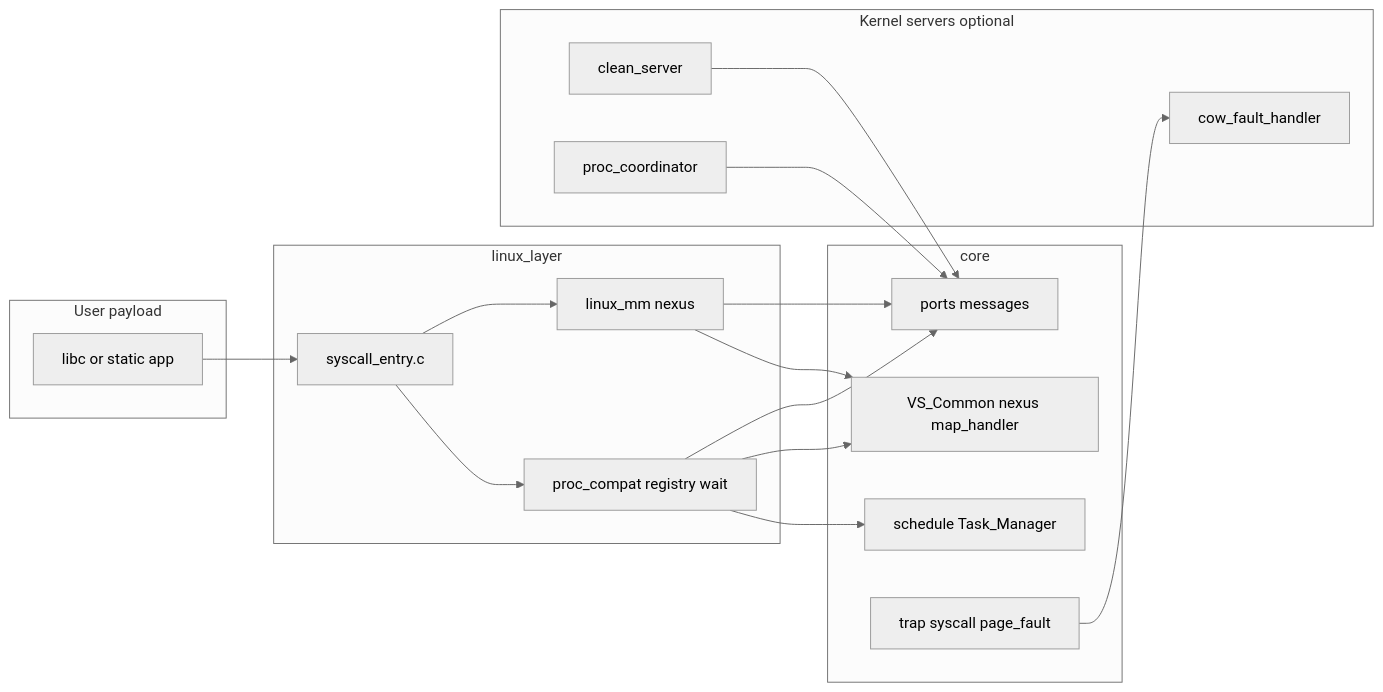
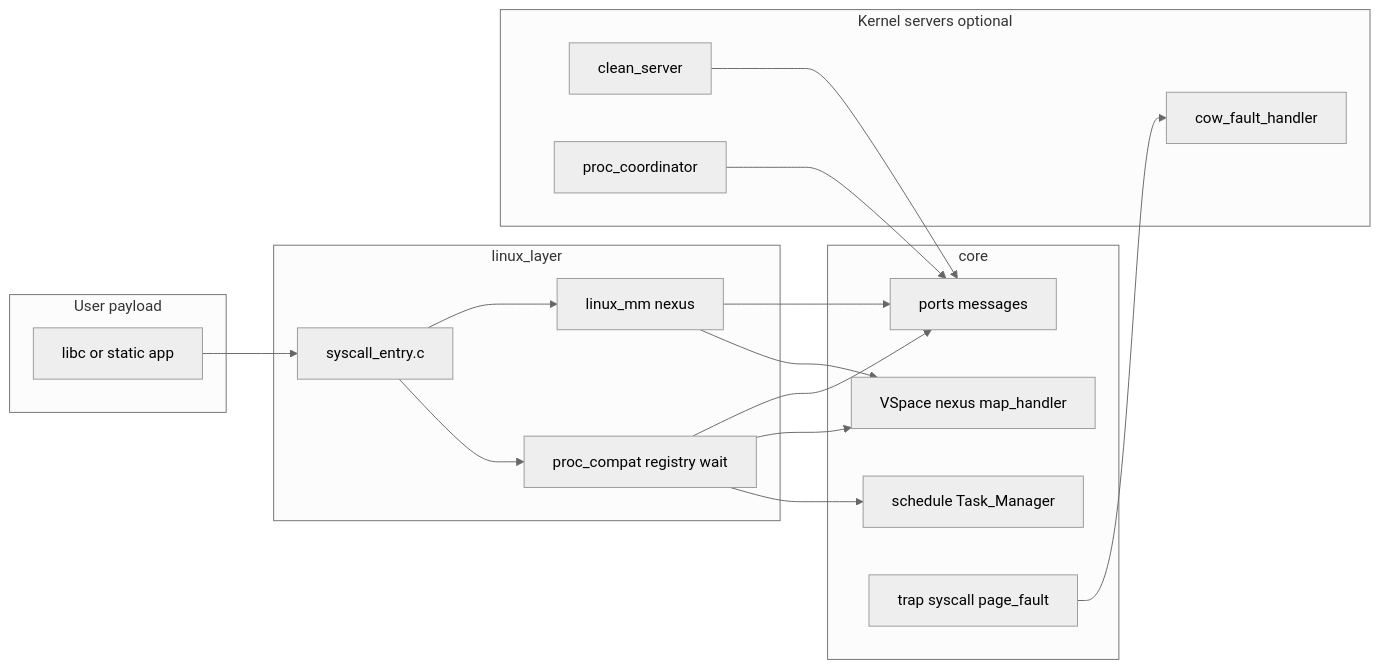
The diagram in doc/linux_compat/ARCHITECTURE.md (ZhiyuanSue/RendezvOS_Linux), drawn with Mermaid (neutral theme) before and after one commit. The commit also changed 42 other files, not shown here.

````diff
--- a/doc/linux_compat/ARCHITECTURE.md
+++ b/doc/linux_compat/ARCHITECTURE.md
@@ -5,33 +5,33 @@
 ```mermaid
 flowchart LR
   subgraph payload [User payload]
     App[libc or static app]
   end
   subgraph linux_layer [linux_layer]
     Entry[syscall_entry.c]
     Proc[proc_compat registry wait]
     MM[linux_mm nexus]
   end
   subgraph core [core]
     Sched[schedule Task_Manager]
-    VS[VS_Common nexus map_handler]
+    VS[VSpace nexus map_handler]
     IPC[ports messages]
     Trap[trap syscall page_fault]
   end
   subgraph servers [Kernel servers optional]
     Clean[clean_server]
     Coord[proc_coordinator]
     PF[cow_fault_handler]
   end
   App --> Entry
   Entry --> Proc
   Entry --> MM
   Proc --> Sched
   Proc --> VS
   MM --> VS
   Proc --> IPC
   MM --> IPC
   Trap --> PF
   Coord --> IPC
   Clean --> IPC
 ```
````
